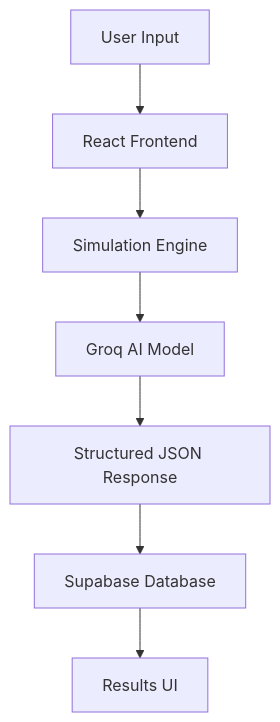
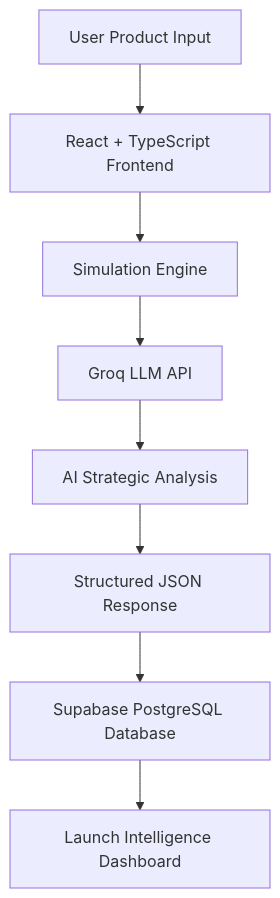
The first of 2 diagrams in architecture/system-design.md (AYUSHKUMARSAHOO04/launchiq.ai), drawn with Mermaid before and after one commit. The commit also changed other lines of this file, not shown here.

First line of the commit message:
Revise system architecture documentation

````diff
--- a/architecture/system-design.md
+++ b/architecture/system-design.md
@@ -5,10 +17,18 @@
 ```mermaid
 graph TD
 
-A[User Input] --> B[React Frontend]
+A[User Product Input]
+--> B[React + TypeScript Frontend]
+
 B --> C[Simulation Engine]
-C --> D[Groq AI Model]
-D --> E[Structured JSON Response]
-E --> F[Supabase Database]
-F --> G[Results UI]
+
+C --> D[Groq LLM API]
+
+D --> E[AI Strategic Analysis]
+
+E --> F[Structured JSON Response]
+
+F --> G[Supabase PostgreSQL Database]
+
+G --> H[Launch Intelligence Dashboard]
 ```
````
